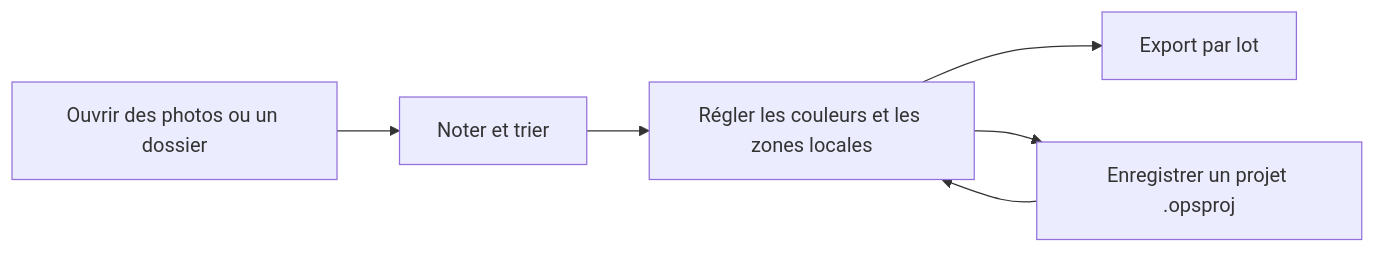
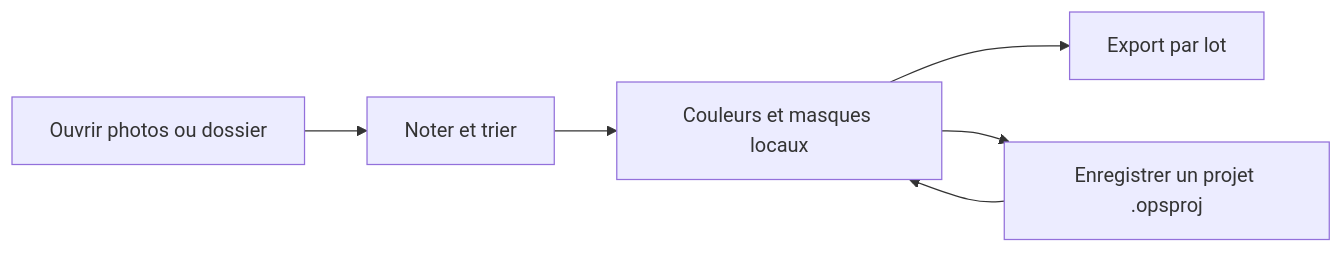
One commit to KpTanl/OpenPictureStudio changed the first of 2 diagrams in README.fr.md. Above: the diagram before and after it, drawn with Mermaid. The commit also changed other lines of this file and 35 other files, not shown here.

````diff
--- a/README.fr.md
+++ b/README.fr.md
@@ -140,8 +136,8 @@
 ```mermaid
 flowchart LR
-    A[Ouvrir des photos ou un dossier] --> B[Noter et trier]
-    B --> C[Régler les couleurs et les zones locales]
-    C --> D[Export par lot]
-    C --> E[Enregistrer un projet .opsproj]
+    A["Ouvrir photos ou dossier"] --> B["Noter et trier"]
+    B --> C["Couleurs et masques locaux"]
+    C --> D["Export par lot"]
+    C --> E["Enregistrer un projet .opsproj"]
     E --> C
 ```
````
